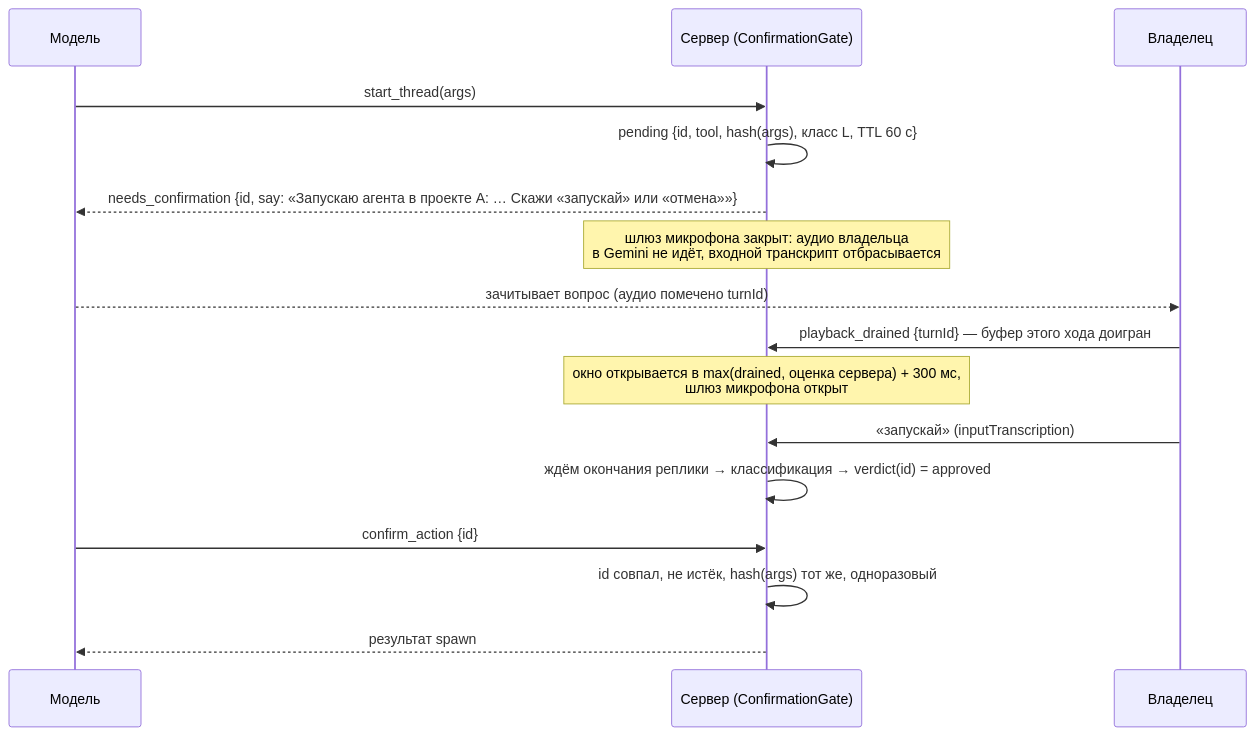
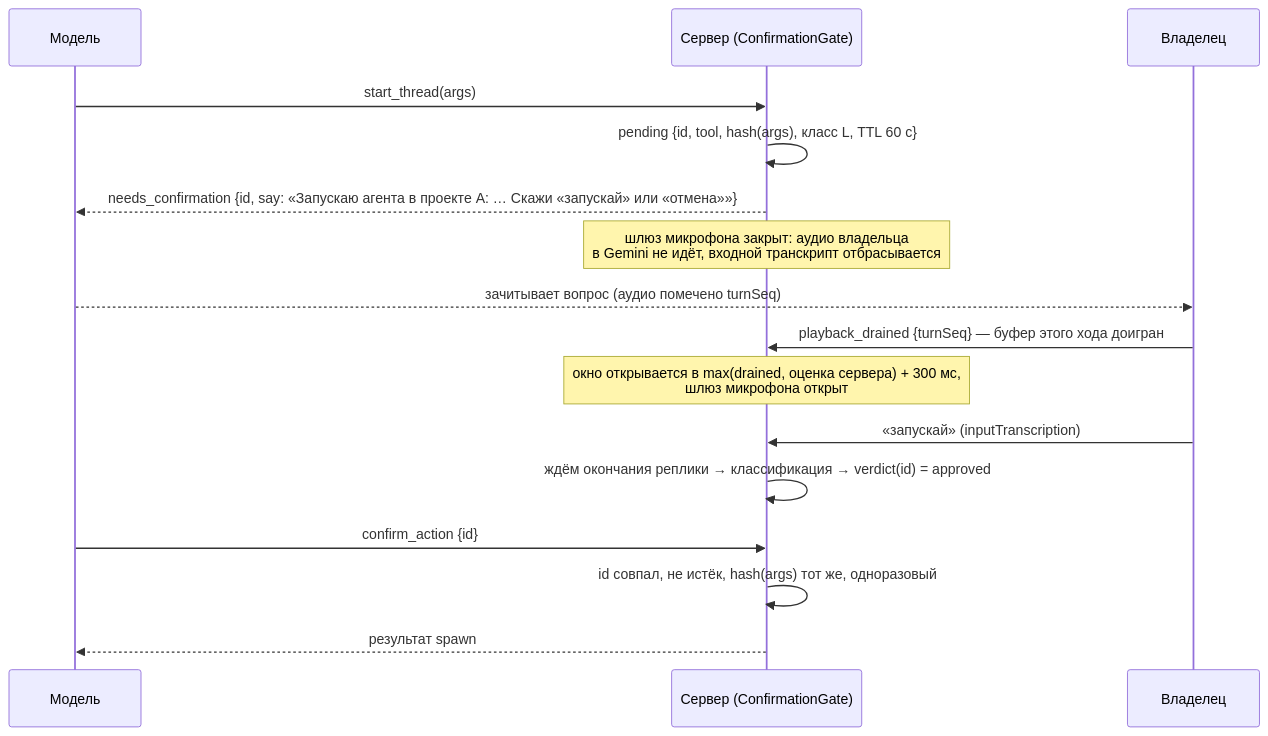
Before and after one commit to nick8cyber/bb-addons: the fourth of 4 diagrams in docs/specs/live-call.md, drawn with Mermaid. The commit also changed other lines of this file and 2 other files, not shown here.

````diff
--- a/docs/specs/live-call.md
+++ b/docs/specs/live-call.md
@@ -249,18 +249,18 @@
 ```mermaid
 sequenceDiagram
   participant M as Модель
   participant S as Сервер (ConfirmationGate)
   participant U as Владелец
   M->>S: start_thread(args)
   S->>S: pending {id, tool, hash(args), класс L, TTL 60 с}
   S-->>M: needs_confirmation {id, say: «Запускаю агента в проекте A: … Скажи «запускай» или «отмена»»}
   Note over S: шлюз микрофона закрыт: аудио владельца<br/>в Gemini не идёт, входной транскрипт отбрасывается
-  M-->>U: зачитывает вопрос (аудио помечено turnId)
-  U->>S: playback_drained {turnId} — буфер этого хода доигран
+  M-->>U: зачитывает вопрос (аудио помечено turnSeq)
+  U->>S: playback_drained {turnSeq} — буфер этого хода доигран
   Note over S: окно открывается в max(drained, оценка сервера) + 300 мс,<br/>шлюз микрофона открыт
   U->>S: «запускай» (inputTranscription)
   S->>S: ждём окончания реплики → классификация → verdict(id) = approved
   M->>S: confirm_action {id}
   S->>S: id совпал, не истёк, hash(args) тот же, одноразовый
   S-->>M: результат spawn
 ```
````
